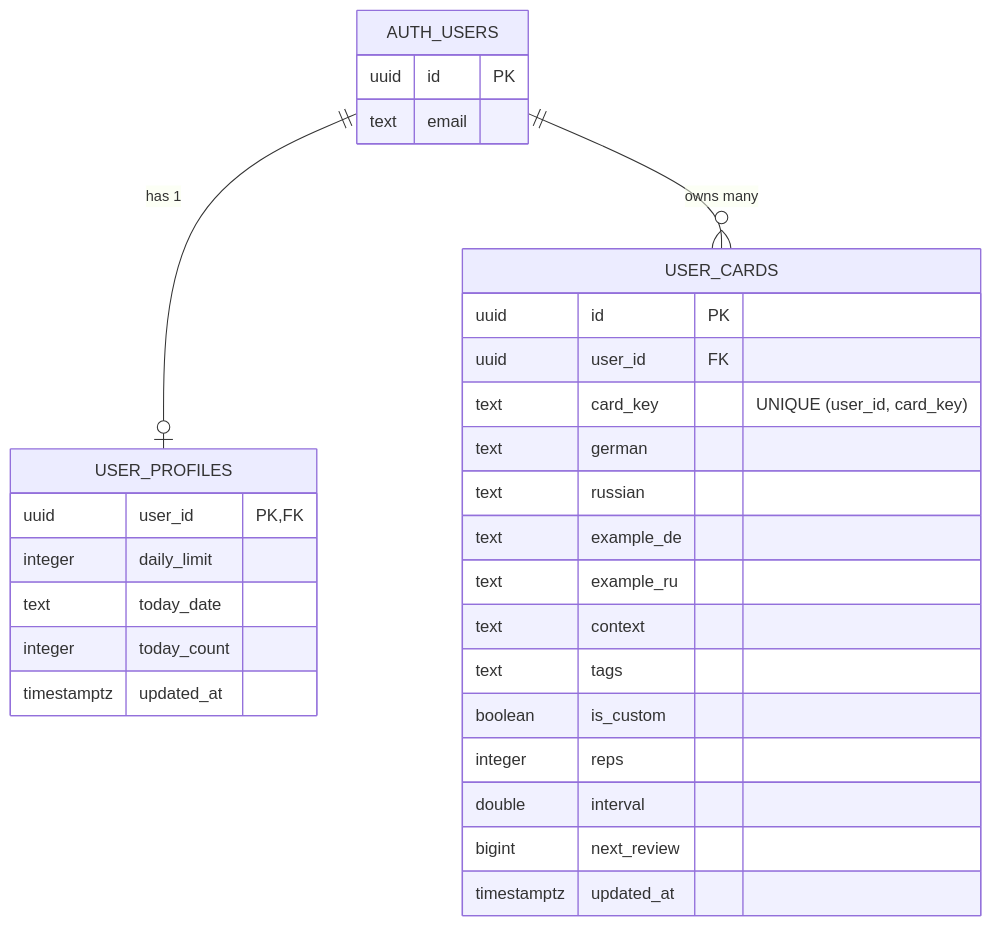
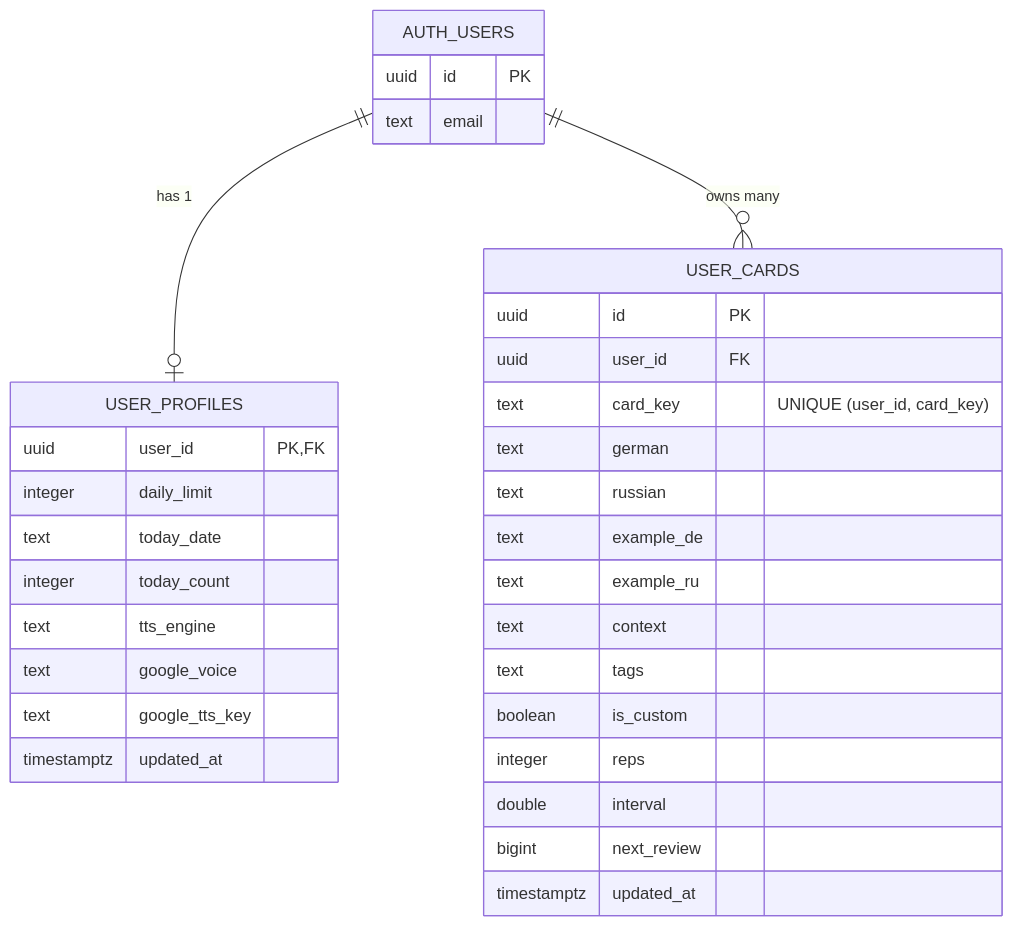
The second of 5 diagrams in ARCHITECTURE.md (an2ancan/anki), drawn with Mermaid before and after one commit. The commit also changed other lines of this file and 12 other files, not shown here.

Commit message:
feat: implement Google Cloud TTS integration with IndexedDB caching and settings management

````diff
--- a/ARCHITECTURE.md
+++ b/ARCHITECTURE.md
@@ -101,35 +112,38 @@
 ```mermaid
 erDiagram
   AUTH_USERS ||--o| USER_PROFILES : "has 1"
   AUTH_USERS ||--o{ USER_CARDS : "owns many"
 
   AUTH_USERS {
     uuid id PK
     text email
   }
 
   USER_PROFILES {
     uuid user_id PK,FK
     integer daily_limit
     text today_date
     integer today_count
+    text tts_engine
+    text google_voice
+    text google_tts_key
     timestamptz updated_at
   }
 
   USER_CARDS {
     uuid id PK
     uuid user_id FK
     text card_key "UNIQUE (user_id, card_key)"
     text german
     text russian
     text example_de
     text example_ru
     text context
     text tags
     boolean is_custom
     integer reps
     double interval
     bigint next_review
     timestamptz updated_at
   }
 ```
````
